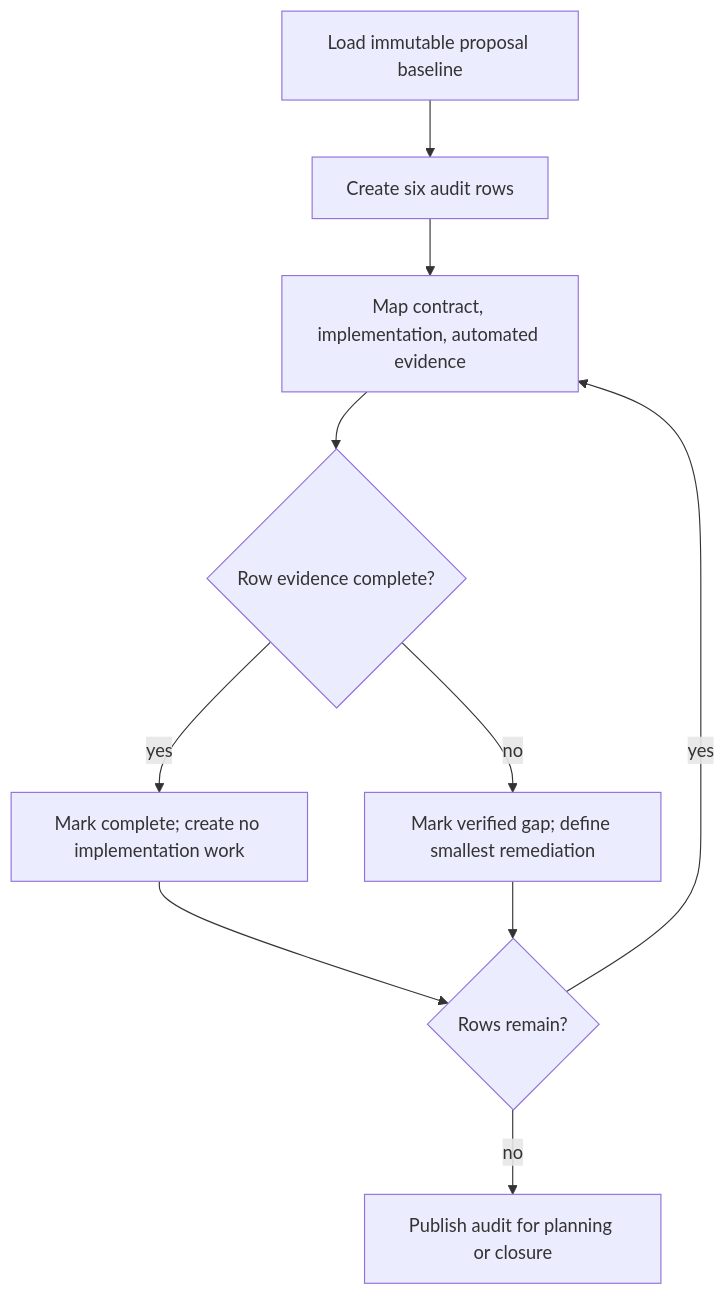
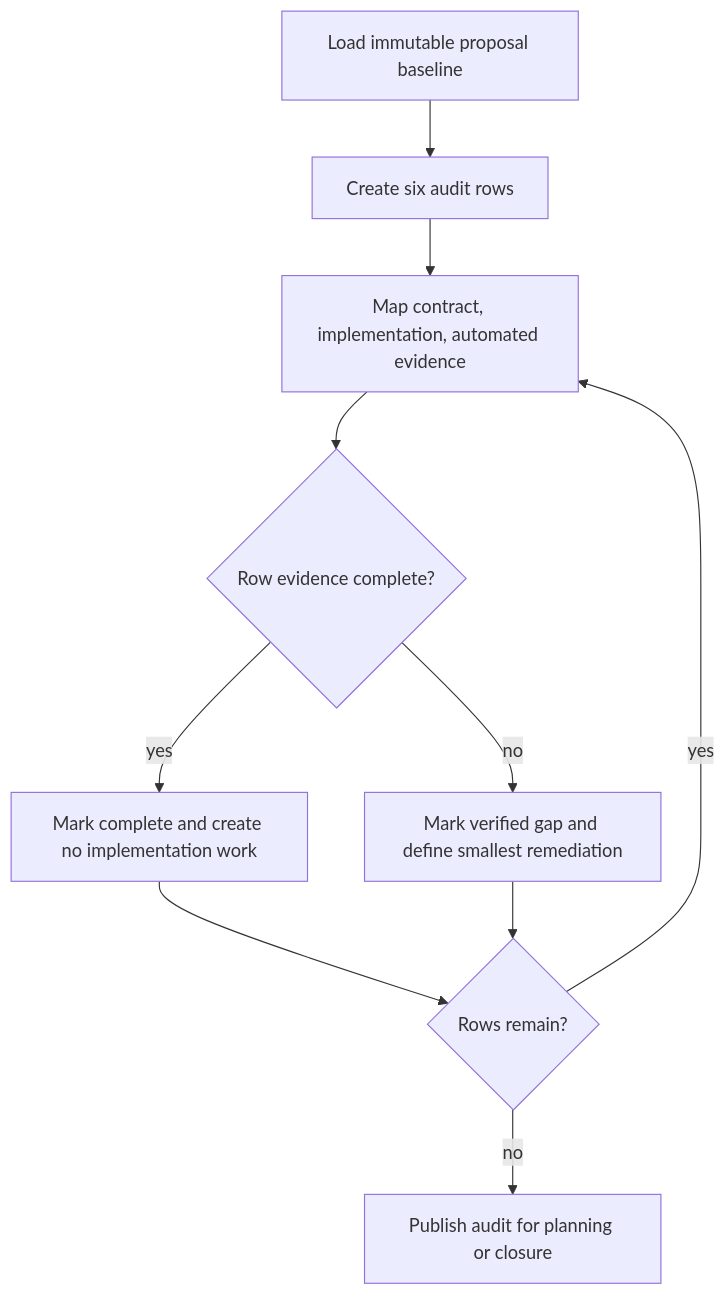
One commit to matthiasdaues/agent_factory changed the diagram in docs/spec/use_cases/UC-12-audit-dispatch-safeguards.md. Above: the diagram before and after it, drawn with Mermaid. The commit also changed other lines of this file and 14 other files, not shown here.

Commit message:
fix/add mermaid linting to filter out pesky semicolons

````diff
--- a/docs/spec/use_cases/UC-12-audit-dispatch-safeguards.md
+++ b/docs/spec/use_cases/UC-12-audit-dispatch-safeguards.md
@@ -66,12 +66,12 @@
 ```mermaid
 flowchart TD
     A[Load immutable proposal baseline] --> B[Create six audit rows]
     B --> C[Map contract, implementation, automated evidence]
     C --> D{Row evidence complete?}
-    D -->|yes| E[Mark complete; create no implementation work]
-    D -->|no| F[Mark verified gap; define smallest remediation]
+    D -->|yes| E[Mark complete and create no implementation work]
+    D -->|no| F[Mark verified gap and define smallest remediation]
     E --> G{Rows remain?}
     F --> G
     G -->|yes| C
     G -->|no| H[Publish audit for planning or closure]
 ```
````
